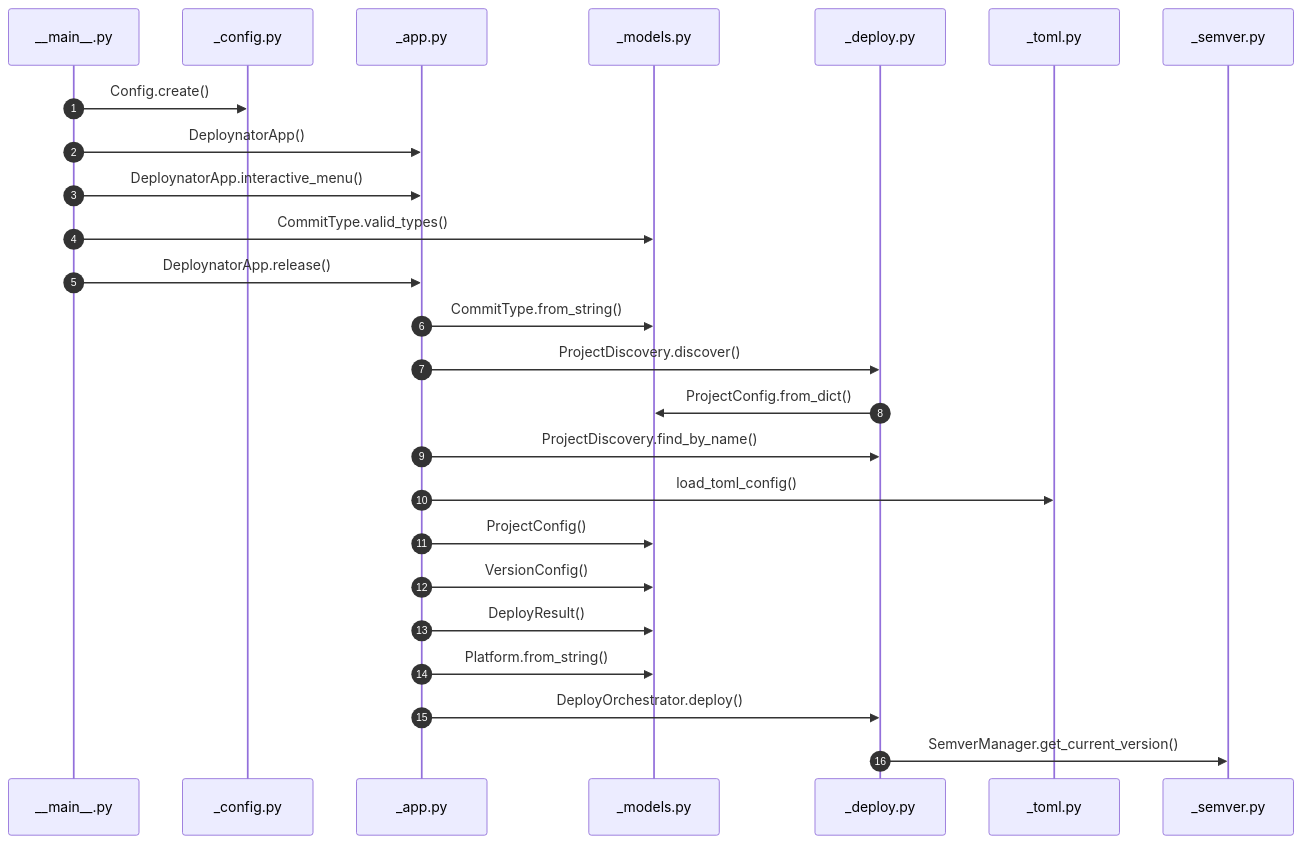
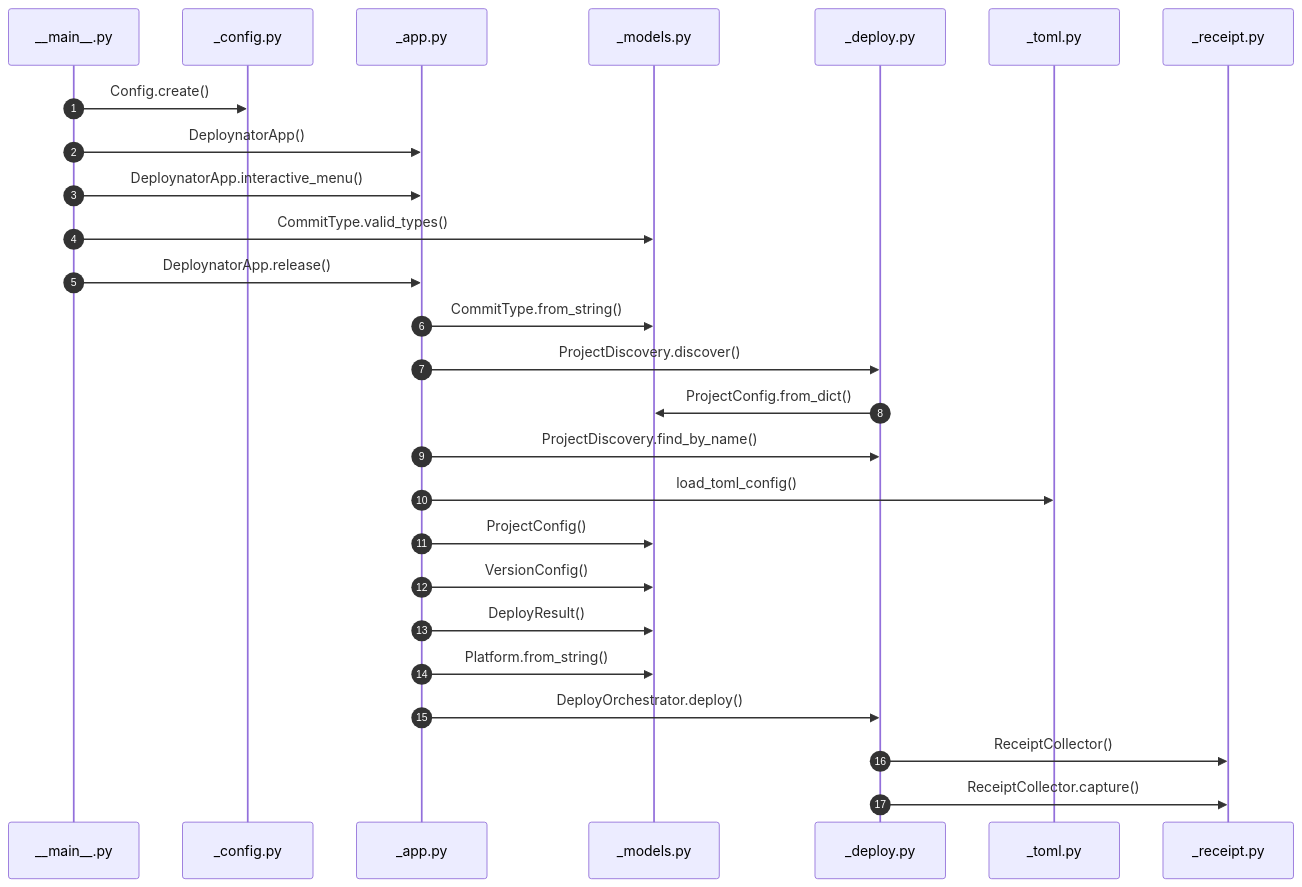
One commit to grisuno/deploynator changed the seventh of 9 diagrams in readmenator-apidocs/architecture.md. Above: the diagram before and after it, drawn with Mermaid. The commit also changed other lines of this file and 137 other files, not shown here.

````diff
--- a/readmenator-apidocs/architecture.md
+++ b/readmenator-apidocs/architecture.md
@@ -401,27 +402,28 @@
 ```mermaid
 sequenceDiagram
     autonumber
     participant p_deploynator___main___py as __main__.py
     participant p_deploynator__config_py as _config.py
     participant p_deploynator__app_py as _app.py
     participant p_deploynator__models_py as _models.py
     participant p_deploynator__deploy_py as _deploy.py
     participant p_deploynator__toml_py as _toml.py
-    participant p_deploynator__semver_py as _semver.py
+    participant p_deploynator__receipt_py as _receipt.py
     p_deploynator___main___py->>p_deploynator__config_py: Config.create()
     p_deploynator___main___py->>p_deploynator__app_py: DeploynatorApp()
     p_deploynator___main___py->>p_deploynator__app_py: DeploynatorApp.interactive_menu()
     p_deploynator___main___py->>p_deploynator__models_py: CommitType.valid_types()
     p_deploynator___main___py->>p_deploynator__app_py: DeploynatorApp.release()
     p_deploynator__app_py->>p_deploynator__models_py: CommitType.from_string()
     p_deploynator__app_py->>p_deploynator__deploy_py: ProjectDiscovery.discover()
     p_deploynator__deploy_py->>p_deploynator__models_py: ProjectConfig.from_dict()
     p_deploynator__app_py->>p_deploynator__deploy_py: ProjectDiscovery.find_by_name()
     p_deploynator__app_py->>p_deploynator__toml_py: load_toml_config()
     p_deploynator__app_py->>p_deploynator__models_py: ProjectConfig()
     p_deploynator__app_py->>p_deploynator__models_py: VersionConfig()
     p_deploynator__app_py->>p_deploynator__models_py: DeployResult()
     p_deploynator__app_py->>p_deploynator__models_py: Platform.from_string()
     p_deploynator__app_py->>p_deploynator__deploy_py: DeployOrchestrator.deploy()
-    p_deploynator__deploy_py->>p_deploynator__semver_py: SemverManager.get_current_version()
+    p_deploynator__deploy_py->>p_deploynator__receipt_py: ReceiptCollector()
+    p_deploynator__deploy_py->>p_deploynator__receipt_py: ReceiptCollector.capture()
 ```
````
